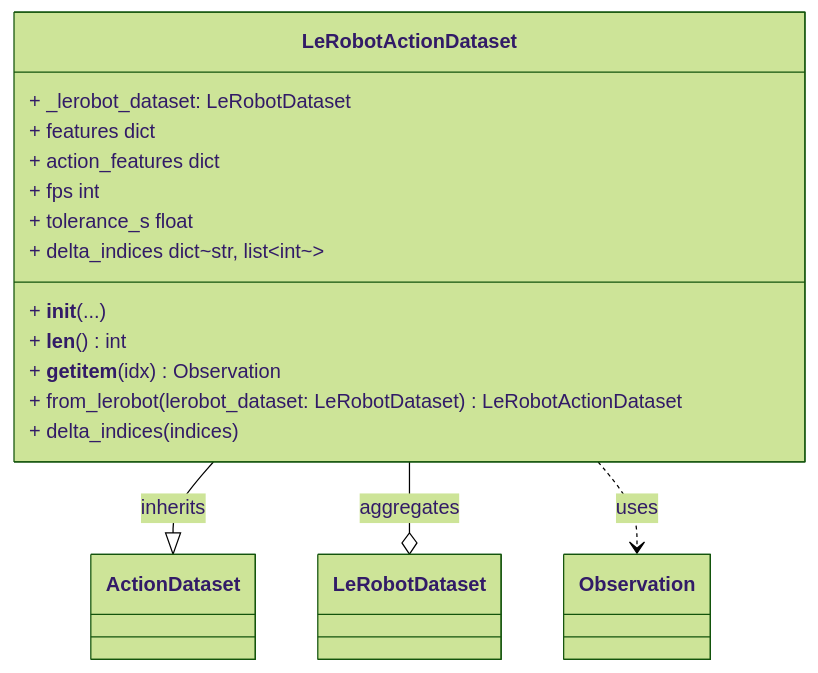
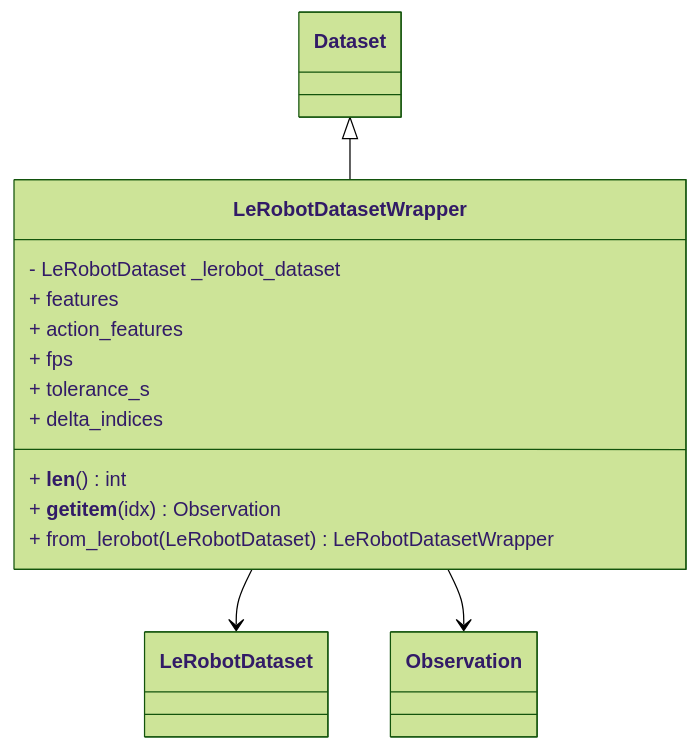
Before and after one commit to open-edge-platform/physical-ai-studio: the first of 2 diagrams in lib/docs/design/data/lerobot.md, drawn with Mermaid (forest theme). The commit also changed other lines of this file and 27 other files, not shown here.

````diff
--- a/lib/docs/design/data/lerobot.md
+++ b/lib/docs/design/data/lerobot.md
@@ -9,24 +9,22 @@
 ```mermaid
 classDiagram
-    class ActionDataset
+    class Dataset
     class LeRobotDataset
     class Observation
 
-    class LeRobotActionDataset {
-        + _lerobot_dataset: LeRobotDataset
-        + __init__(...)
+    class LeRobotDatasetWrapper {
+        - LeRobotDataset _lerobot_dataset
         + __len__() int
         + __getitem__(idx) Observation
-        + from_lerobot(lerobot_dataset: LeRobotDataset) LeRobotActionDataset
-        + features dict
-        + action_features dict
-        + fps int
-        + tolerance_s float
-        + delta_indices dict~str, list~int~~
-        + delta_indices(indices)
+        + from_lerobot(LeRobotDataset) LeRobotDatasetWrapper
+        + features
+        + action_features
+        + fps
+        + tolerance_s
+        + delta_indices
     }
 
-    LeRobotActionDataset --|> ActionDataset : inherits
-    LeRobotActionDataset --o LeRobotDataset : aggregates
-    LeRobotActionDataset ..> Observation : uses
+    Dataset <|-- LeRobotDatasetWrapper
+    LeRobotDatasetWrapper --> LeRobotDataset
+    LeRobotDatasetWrapper --> Observation
 ```
````
